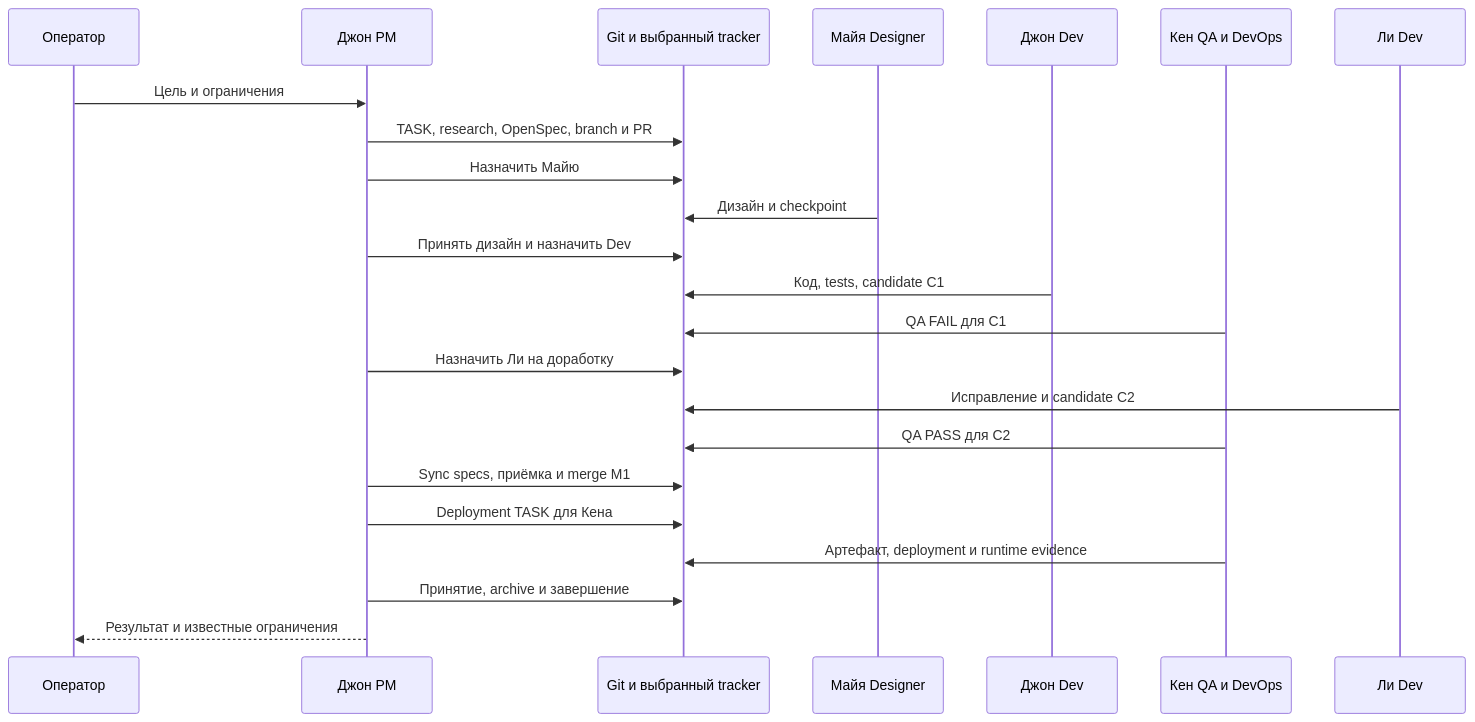
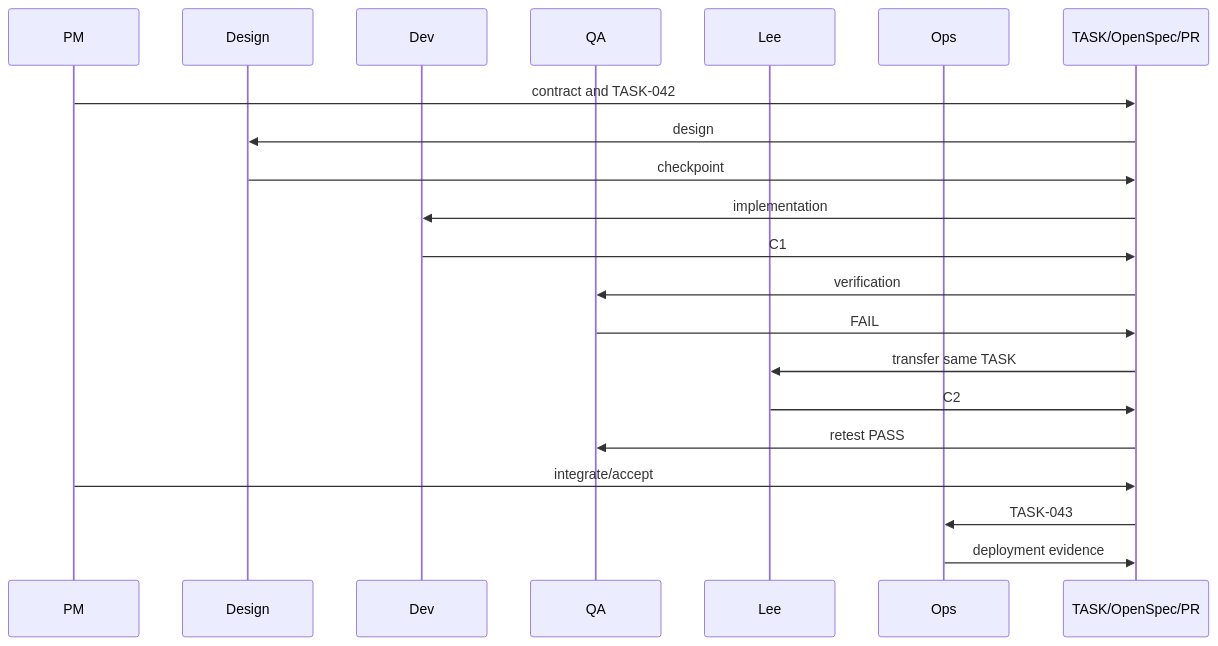
Before and after one commit to R2Scout/R2Team-Protocol: the diagram in templates/CODEX_TEAM_PROTOCOL.md, drawn with Mermaid. The commit also changed other lines of this file and 40 other files, not shown here.

````diff
--- a/templates/CODEX_TEAM_PROTOCOL.md
+++ b/templates/CODEX_TEAM_PROTOCOL.md
@@ -1396,25 +370,23 @@
-```mermaid
+~~~mermaid
 sequenceDiagram
-    participant U as Оператор
-    participant PM as Джон PM
-    participant G as Git и выбранный tracker
-    participant DS as Майя Designer
-    participant DV as Джон Dev
-    participant K as Кен QA и DevOps
-    participant L as Ли Dev
-    U->>PM: Цель и ограничения
-    PM->>G: TASK, research, OpenSpec, branch и PR
-    PM->>G: Назначить Майю
-    DS->>G: Дизайн и checkpoint
-    PM->>G: Принять дизайн и назначить Dev
-    DV->>G: Код, tests, candidate C1
-    K->>G: QA FAIL для C1
-    PM->>G: Назначить Ли на доработку
-    L->>G: Исправление и candidate C2
-    K->>G: QA PASS для C2
-    PM->>G: Sync specs, приёмка и merge M1
-    PM->>G: Deployment TASK для Кена
-    K->>G: Артефакт, deployment и runtime evidence
-    PM->>G: Принятие, archive и завершение
-    PM-->>U: Результат и известные ограничения
-```
+    participant PM
+    participant Design
+    participant Dev
+    participant QA
+    participant Lee
+    participant Ops
+    participant Git as TASK/OpenSpec/PR
+    PM->>Git: contract and TASK-042
+    Git->>Design: design
+    Design->>Git: checkpoint
+    Git->>Dev: implementation
+    Dev->>Git: C1
+    Git->>QA: verification
+    QA->>Git: FAIL
+    Git->>Lee: transfer same TASK
+    Lee->>Git: C2
+    Git->>QA: retest PASS
+    PM->>Git: integrate/accept
+    Git->>Ops: TASK-043
+    Ops->>Git: deployment evidence
+~~~
````
